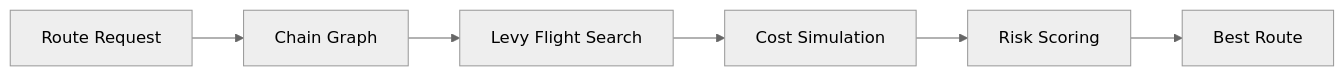
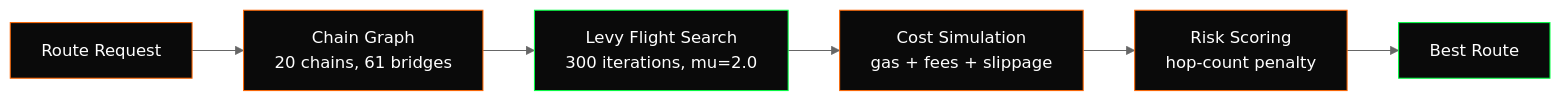
Before and after one commit to REVY2026/revy: the diagram in README.md, drawn with Mermaid (neutral theme). The commit also changed other lines of this file, not shown here.

Commit message:
docs: redesign README with architecture diagram and benchmarks

````diff
--- a/README.md
+++ b/README.md
@@ -20,8 +46,15 @@
 ```mermaid
 graph LR
-    A[Route Request] --> B[Chain Graph]
-    B --> C[Levy Flight Search]
-    C --> D[Cost Simulation]
-    D --> E[Risk Scoring]
+    A[Route Request] --> B[Chain Graph<br/>20 chains, 61 bridges]
+    B --> C[Levy Flight Search<br/>300 iterations, mu=2.0]
+    C --> D[Cost Simulation<br/>gas + fees + slippage]
+    D --> E[Risk Scoring<br/>hop-count penalty]
     E --> F[Best Route]
+
+    style A fill:#0a0a0a,stroke:#ff6600,color:#fff
+    style B fill:#0a0a0a,stroke:#ff6600,color:#fff
+    style C fill:#0a0a0a,stroke:#00ff41,color:#fff
+    style D fill:#0a0a0a,stroke:#ff6600,color:#fff
+    style E fill:#0a0a0a,stroke:#ff6600,color:#fff
+    style F fill:#0a0a0a,stroke:#00ff41,color:#fff
 ```
````
